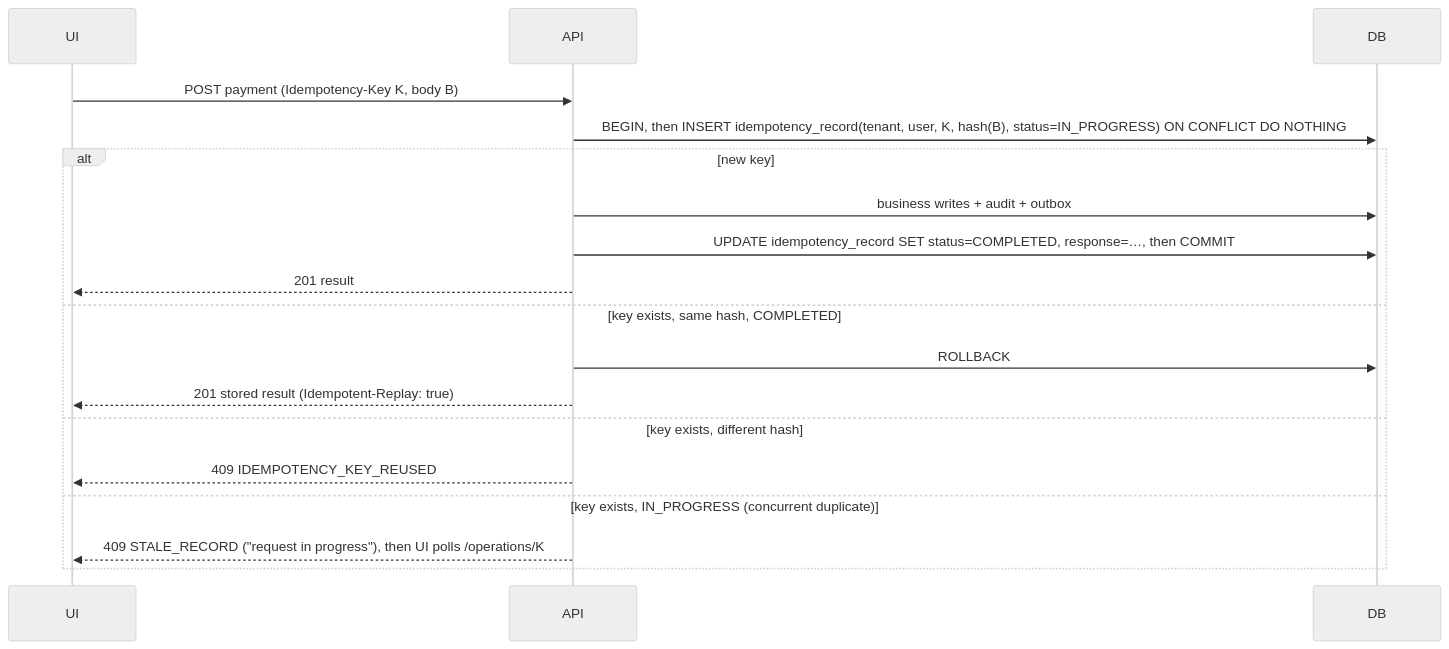
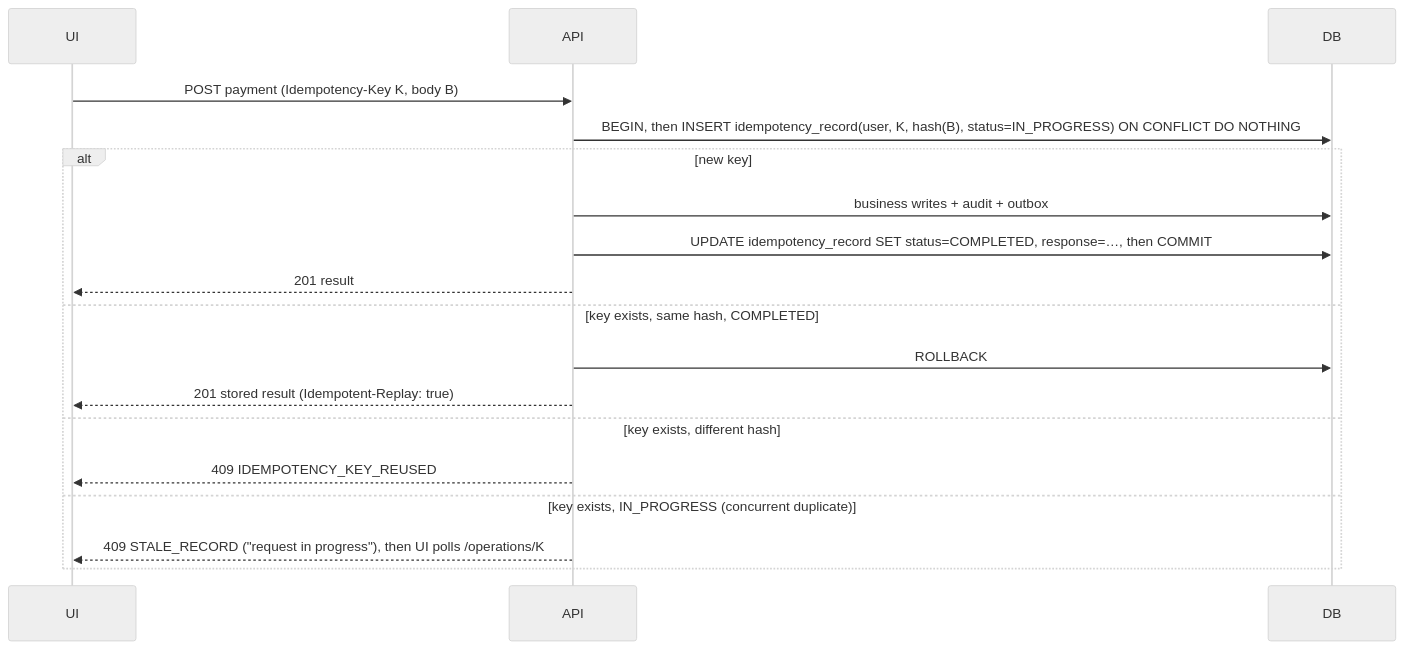
One commit to NOMAN1802/HMS-SaaS changed the fifth of 6 diagrams in docs/planning/docs/D-system-design.md. Above: the diagram before and after it, drawn with Mermaid (neutral theme). The commit also changed other lines of this file and 72 other files, not shown here.

````diff
--- a/docs/planning/docs/D-system-design.md
+++ b/docs/planning/docs/D-system-design.md
@@ -503,20 +469,20 @@
 ```mermaid
 sequenceDiagram
   participant UI
   participant API
   participant DB
   UI->>API: POST payment (Idempotency-Key K, body B)
-  API->>DB: BEGIN, then INSERT idempotency_record(tenant, user, K, hash(B), status=IN_PROGRESS) ON CONFLICT DO NOTHING
+  API->>DB: BEGIN, then INSERT idempotency_record(user, K, hash(B), status=IN_PROGRESS) ON CONFLICT DO NOTHING
   alt new key
     API->>DB: business writes + audit + outbox
     API->>DB: UPDATE idempotency_record SET status=COMPLETED, response=…, then COMMIT
     API-->>UI: 201 result
   else key exists, same hash, COMPLETED
     API->>DB: ROLLBACK
     API-->>UI: 201 stored result (Idempotent-Replay: true)
   else key exists, different hash
     API-->>UI: 409 IDEMPOTENCY_KEY_REUSED
   else key exists, IN_PROGRESS (concurrent duplicate)
     API-->>UI: 409 STALE_RECORD ("request in progress"), then UI polls /operations/K
   end
 ```
````
